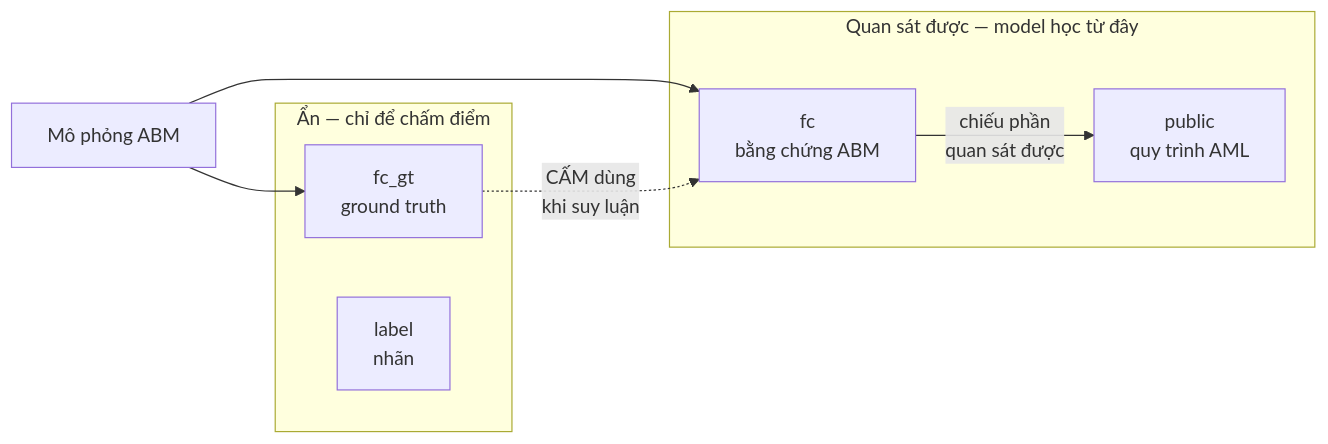
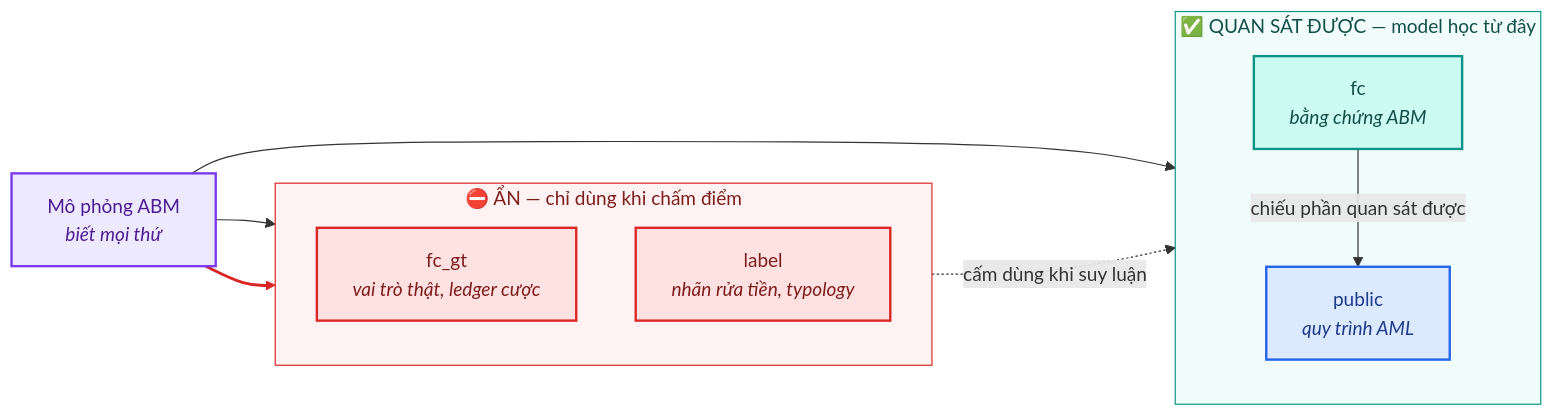
The third of 7 diagrams in docs/architecture_diagram.md (fiezen13/aml-monitoring-investigation-system), drawn with Mermaid before and after one commit. The commit also changed other lines of this file, not shown here.

````diff
--- a/docs/architecture_diagram.md
+++ b/docs/architecture_diagram.md
@@ -72,17 +151,37 @@
 ```mermaid
-graph LR
-    subgraph Observable["Quan sát được — model học từ đây"]
-        FC["fc<br/>bằng chứng ABM"]
-        PUB["public<br/>quy trình AML"]
+flowchart LR
+    ABM["Mô phỏng ABM<br/><i>biết mọi thứ</i>"]
+
+    subgraph Observable["✅ QUAN SÁT ĐƯỢC — model học từ đây"]
+        direction TB
+        FC["fc<br/><i>bằng chứng ABM</i>"]
+        PUB["public<br/><i>quy trình AML</i>"]
+        FC -->|"chiếu phần quan sát được"| PUB
     end
 
-    subgraph Hidden["Ẩn — chỉ để chấm điểm"]
-        GT["fc_gt<br/>ground truth"]
-        LBL["label<br/>nhãn"]
+    subgraph Hidden["⛔ ẨN — chỉ dùng khi chấm điểm"]
+        direction TB
+        GT["fc_gt<br/><i>vai trò thật, ledger cược</i>"]
+        LBL["label<br/><i>nhãn rửa tiền, typology</i>"]
     end
 
-    ABM["Mô phỏng ABM"] --> FC
+    ABM --> FC
     ABM --> GT
-    FC -->|"chiếu phần<br/>quan sát được"| PUB
-    GT -.->|"CẤM dùng<br/>khi suy luận"| FC
+    ABM --> LBL
+    Hidden -. "cấm dùng khi suy luận" .-> Observable
+
+    classDef gen fill:#EDE9FE,stroke:#7C3AED,stroke-width:2px,color:#4C1D95
+    classDef hidden fill:#FEE2E2,stroke:#DC2626,stroke-width:2px,color:#7F1D1D
+    classDef obs fill:#CCFBF1,stroke:#0D9488,stroke-width:2px,color:#134E4A
+    classDef ops fill:#DBEAFE,stroke:#2563EB,stroke-width:2px,color:#1E3A8A
+
+    class ABM gen
+    class GT,LBL hidden
+    class FC obs
+    class PUB ops
+
+    style Observable fill:#F0FDFA,stroke:#0D9488,color:#134E4A
+    style Hidden fill:#FEF2F2,stroke:#DC2626,color:#7F1D1D
+
+    linkStyle 3 stroke:#DC2626,stroke-width:2.5px,color:#B91C1C
 ```
````
